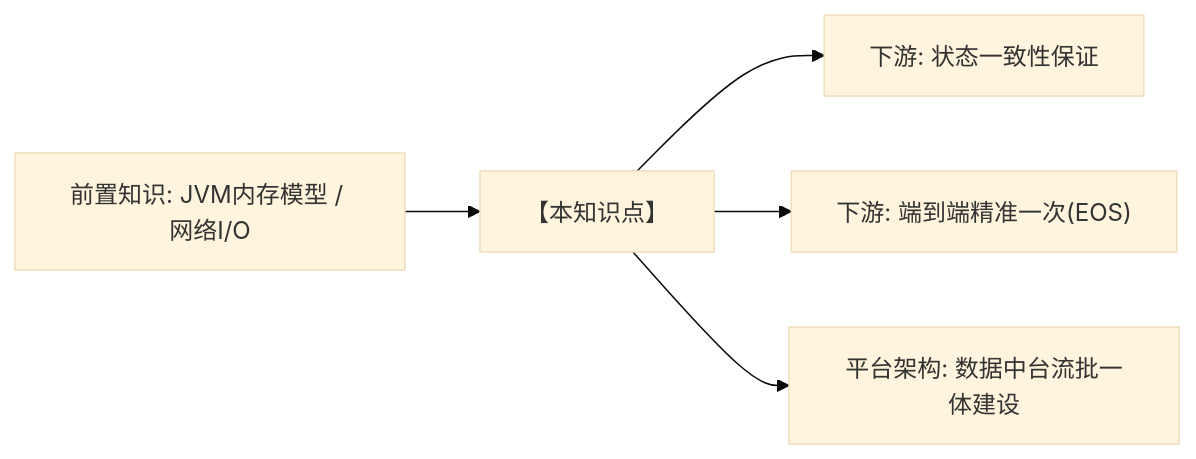
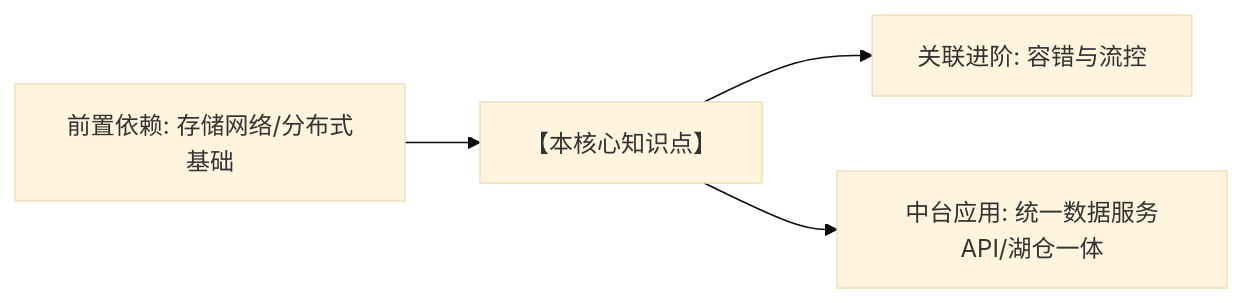
The fourth of 4 diagrams in templates/technical-knowledge-template.md (tieke1121/tech-interview-knowledge-base), drawn with Mermaid (base theme) before and after one commit. The commit also changed other lines of this file and 3 other files, not shown here.

First line of the commit message:
refactor: upgrade template & docs for technical director/architect interview

````diff
--- a/templates/technical-knowledge-template.md
+++ b/templates/technical-knowledge-template.md
@@ -216,7 +196,6 @@
 ```mermaid
 graph LR
-    Pre["前置知识: JVM内存模型 / 网络I/O"] --> Current["【本知识点】"]
-    Current --> Down1["下游: 状态一致性保证"]
-    Current --> Down2["下游: 端到端精准一次(EOS)"]
-    Current --> Arch["平台架构: 数据中台流批一体建设"]
+    Pre["前置依赖: 存储网络/分布式基础"] --> Current["【本核心知识点】"]
+    Current --> Down1["关联进阶: 容错与流控"]
+    Current --> Down2["中台应用: 统一数据服务API/湖仓一体"]
 ```
````
